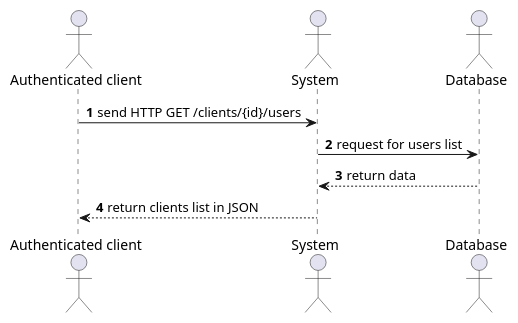
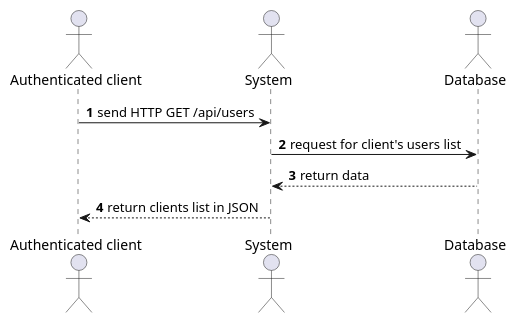
One commit to Xwyk/BileMo changed the diagram in diagrams/Sequences/UsersManagement/Sequence_ListUsers.puml. Above: the diagram before and after it, drawn with PlantUML. The commit also changed 18 other files, not shown here.

Commit message:
Diagrams update & png generation

```diff
--- a/diagrams/Sequences/UsersManagement/Sequence_ListUsers.puml
+++ b/diagrams/Sequences/UsersManagement/Sequence_ListUsers.puml
@@ -1,15 +1,15 @@
 @startuml
 'https://plantuml.com/sequence-diagram
 
 autonumber
 
 actor "Authenticated client" as client
 actor System                as system
 actor Database              as db
 
-client  -> system  : send HTTP GET /clients/{id}/users
-system -> db      : request for users list
+client  -> system  : send HTTP GET /api/users
+system -> db      : request for client's users list
 system <-- db     : return data
 client  <-- system : return clients list in JSON
 
 @enduml
```
